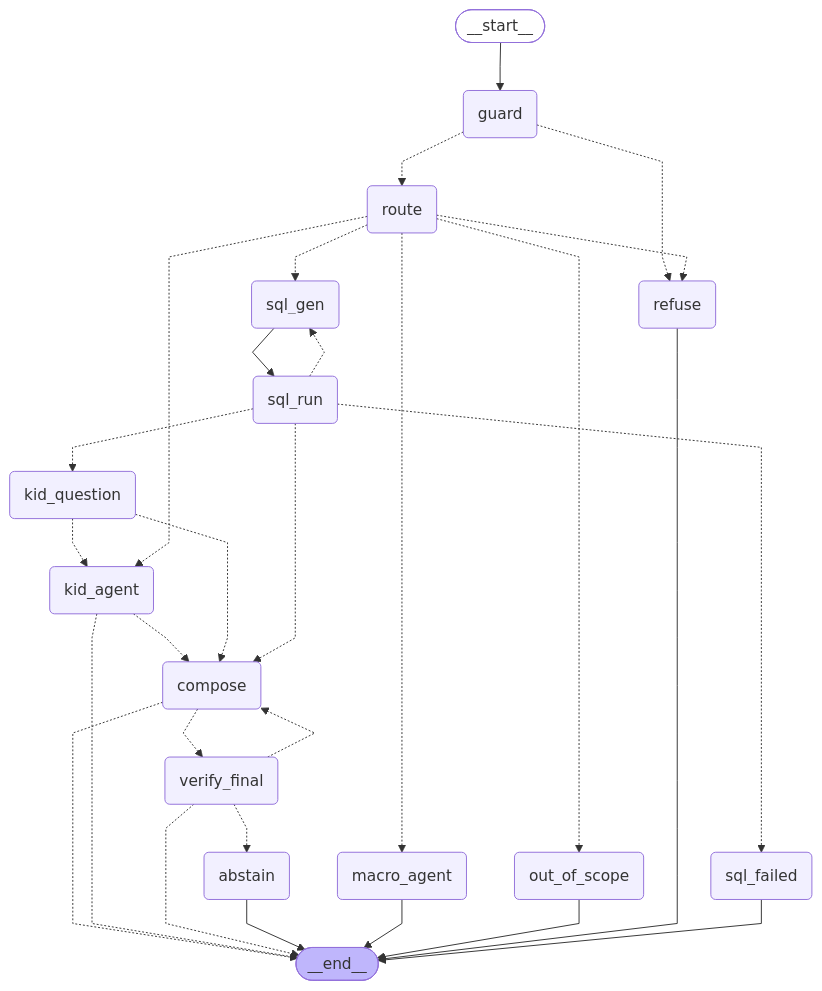
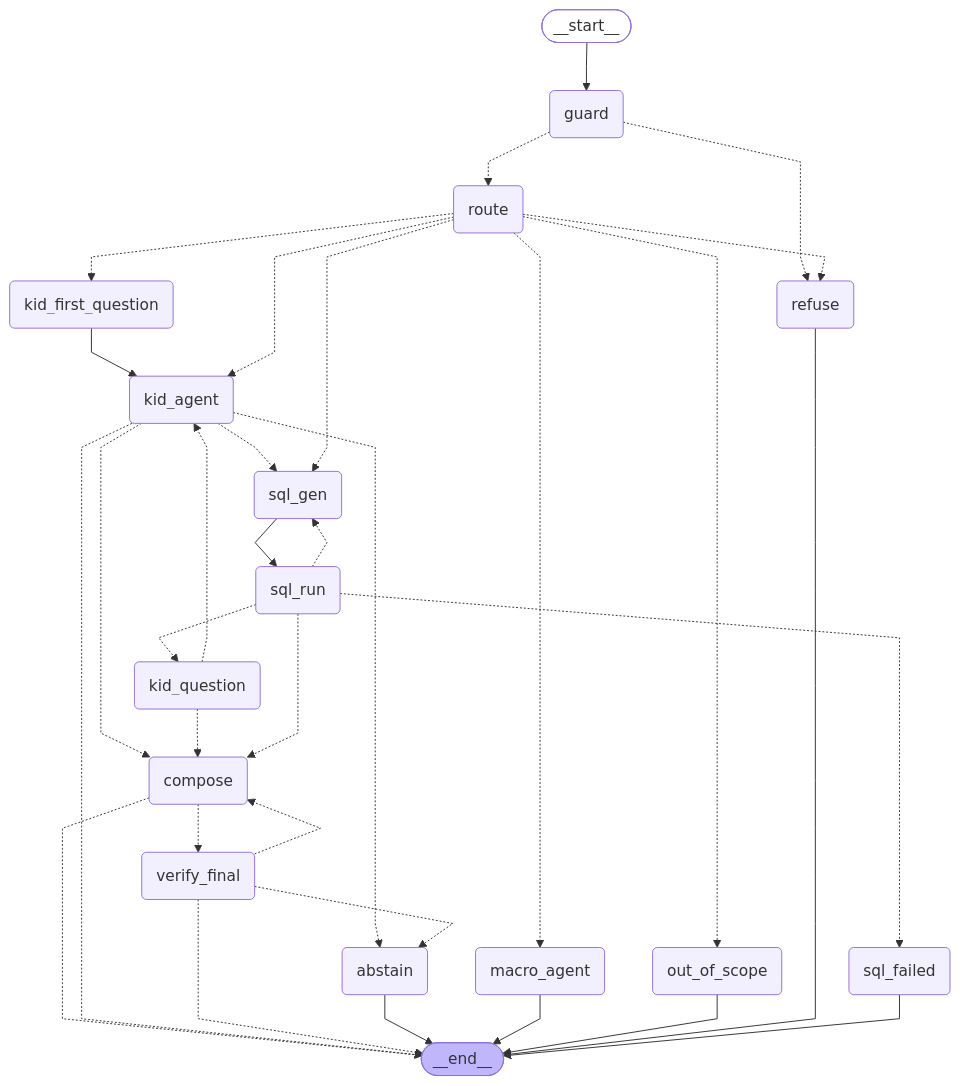
One commit to Naimket/wealthai-copilot changed the diagram in docs/multi_agent_graph.md. Above: the diagram before and after it, drawn with Mermaid. The commit also changed 8 other files, not shown here.

Commit message:
Add kid_first route for KID-dependent portfolio questions

````diff
--- a/docs/multi_agent_graph.md
+++ b/docs/multi_agent_graph.md
@@ -8,53 +8,58 @@
 ```mermaid
 ---
 config:
   flowchart:
     curve: linear
 ---
 graph TD;
 	__start__([<p>__start__</p>]):::first
 	guard(guard)
 	refuse(refuse)
 	route(route)
 	out_of_scope(out_of_scope)
 	kid_agent(kid_agent)
 	macro_agent(macro_agent)
+	kid_first_question(kid_first_question)
 	sql_gen(sql_gen)
 	sql_run(sql_run)
 	sql_failed(sql_failed)
 	kid_question(kid_question)
 	compose(compose)
 	verify_final(verify_final)
 	abstain(abstain)
 	__end__([<p>__end__</p>]):::last
 	__start__ --> guard;
 	compose -.-> __end__;
 	compose -.-> verify_final;
 	guard -.-> refuse;
 	guard -.-> route;
 	kid_agent -.-> __end__;
+	kid_agent -.-> abstain;
 	kid_agent -.-> compose;
+	kid_agent -.-> sql_gen;
+	kid_first_question --> kid_agent;
 	kid_question -.-> compose;
 	kid_question -.-> kid_agent;
 	route -.-> kid_agent;
+	route -.-> kid_first_question;
 	route -.-> macro_agent;
 	route -.-> out_of_scope;
 	route -.-> refuse;
 	route -.-> sql_gen;
 	sql_gen --> sql_run;
 	sql_run -.-> compose;
 	sql_run -.-> kid_question;
 	sql_run -.-> sql_failed;
 	sql_run -.-> sql_gen;
 	verify_final -.-> __end__;
 	verify_final -.-> abstain;
 	verify_final -.-> compose;
 	abstain --> __end__;
 	macro_agent --> __end__;
 	out_of_scope --> __end__;
 	refuse --> __end__;
 	sql_failed --> __end__;
 	classDef default fill:#f2f0ff,line-height:1.2
 	classDef first fill-opacity:0
 	classDef last fill:#bfb6fc
 ```
````
